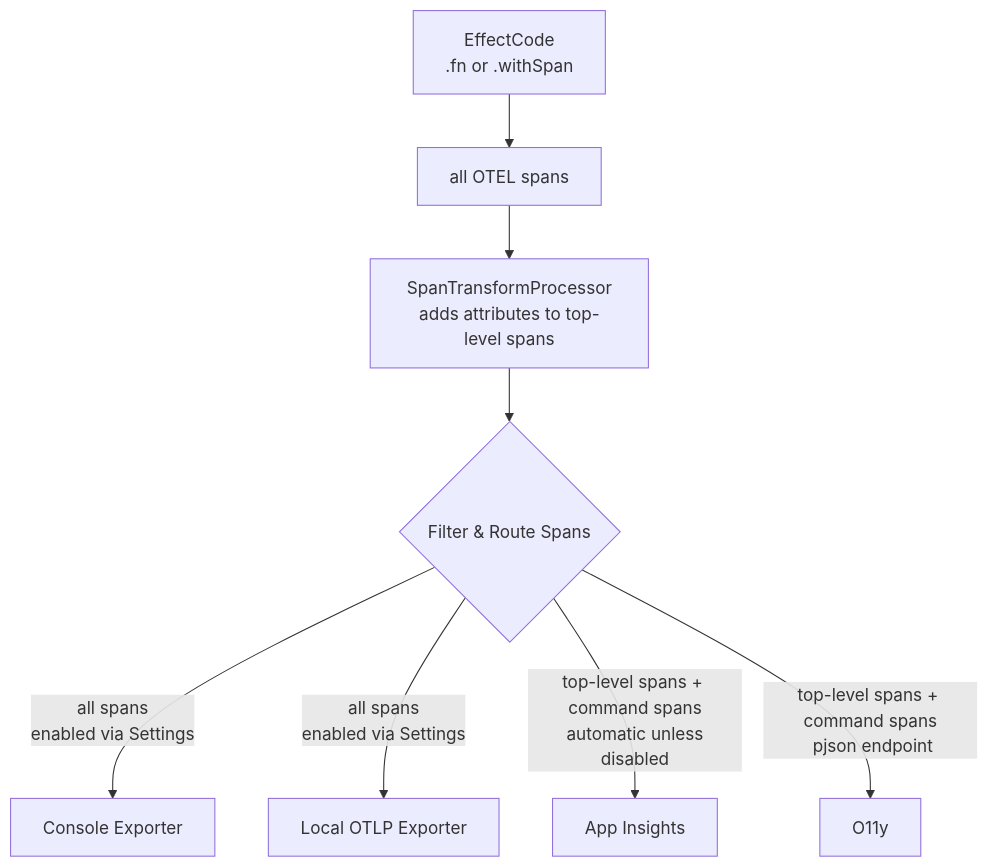
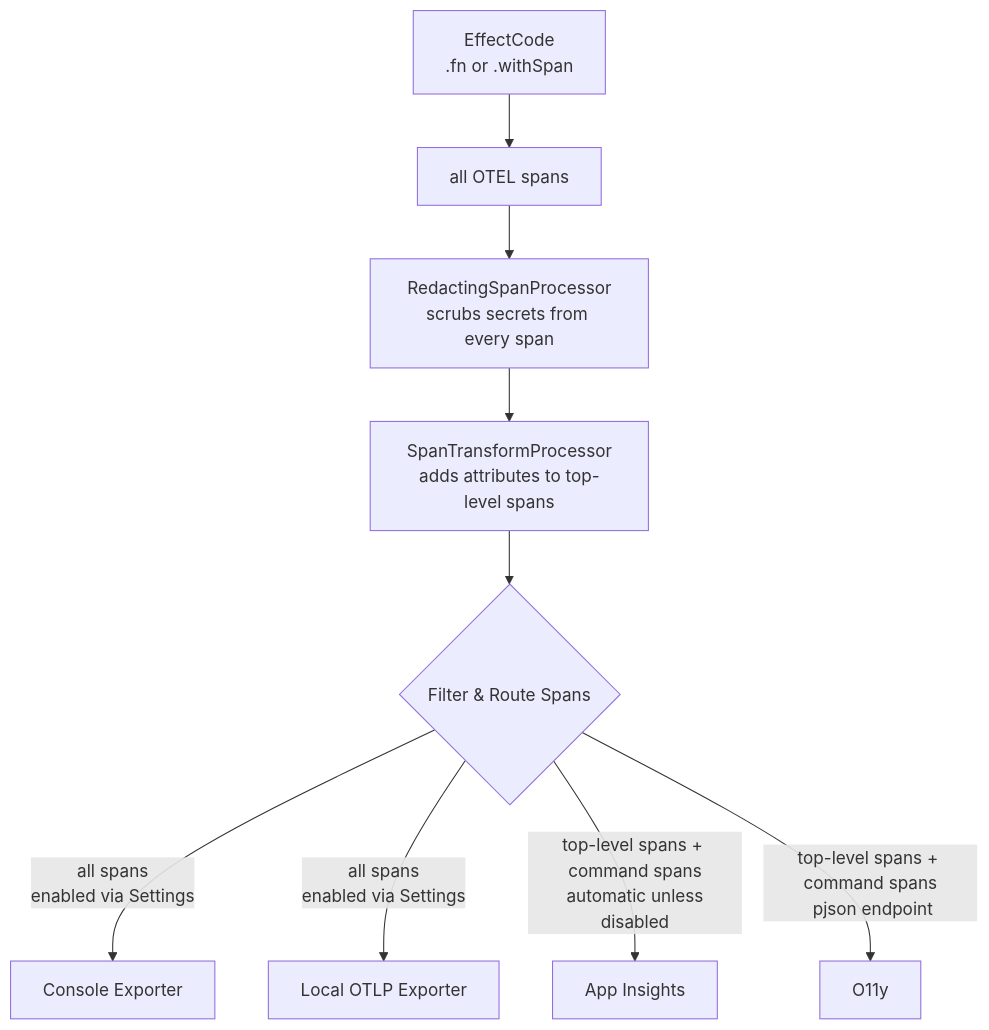
Before and after one commit to forcedotcom/salesforcedx-vscode: the diagram in packages/salesforcedx-vscode-services/src/observability/README.md, drawn with Mermaid. The commit also changed other lines of this file and 1 other file, not shown here.

Commit message:
docs(services): document span redaction; glossary egress vs local sink

````diff
--- a/packages/salesforcedx-vscode-services/src/observability/README.md
+++ b/packages/salesforcedx-vscode-services/src/observability/README.md
@@ -14,10 +14,11 @@
 ```mermaid
 flowchart TD
     A["EffectCode<br/>.fn or .withSpan"] --> B[all OTEL spans]
-    B --> C["SpanTransformProcessor<br/>adds attributes to top-level spans"]
+    B --> R["RedactingSpanProcessor<br/>scrubs secrets from every span"]
+    R --> C["SpanTransformProcessor<br/>adds attributes to top-level spans"]
     C --> D{Filter & Route Spans}
     D -->|all spans<br/>enabled via Settings| E[Console Exporter]
     D -->|all spans<br/>enabled via Settings| F[Local OTLP Exporter]
     D -->|top-level spans + command spans<br/> automatic unless disabled| G[App Insights]
     D -->|top-level spans + command spans<br/> pjson endpoint| H[O11y]
 ```
````
